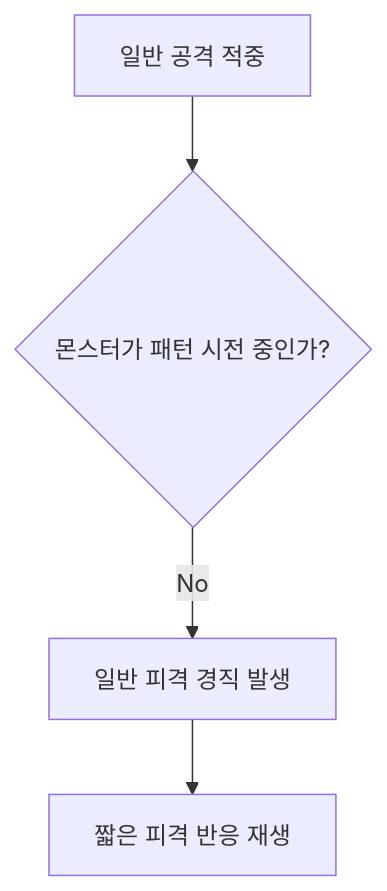
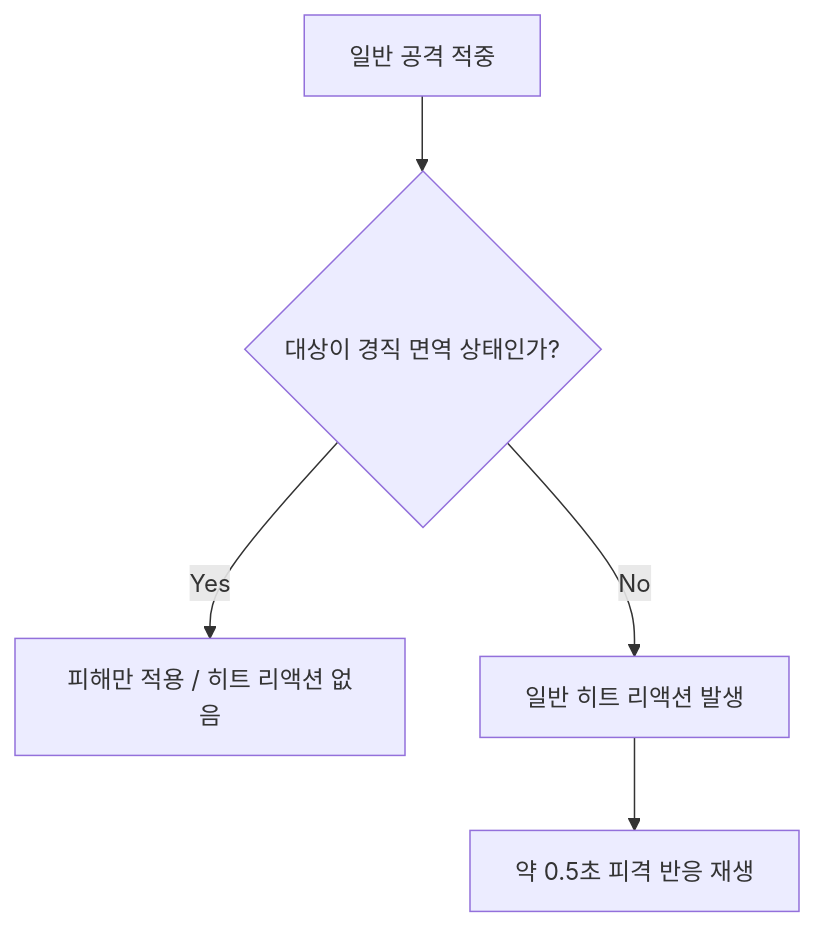
Before and after one commit to Woogl/ProjectWx: the second of 5 diagrams in Docs/CombatDesign/CombatCommon/캐릭터 경직.md, drawn with Mermaid. The commit also changed other lines of this file and 1 other file, not shown here.

````diff
--- a/Docs/CombatDesign/CombatCommon/캐릭터 경직.md
+++ b/Docs/CombatDesign/CombatCommon/캐릭터 경직.md
@@ -160,6 +378,7 @@
 ```mermaid
 flowchart TD
-    A[일반 공격 적중] --> B{몬스터가 패턴 시전 중인가?}
-    B -- No --> C[일반 피격 경직 발생]
-    C --> D[짧은 피격 반응 재생]
+    A[일반 공격 적중] --> B{대상이 경직 면역 상태인가?}
+    B -- Yes --> C[피해만 적용 / 히트 리액션 없음]
+    B -- No --> D[일반 히트 리액션 발생]
+    D --> E[약 0.5초 피격 반응 재생]
 ```
````
